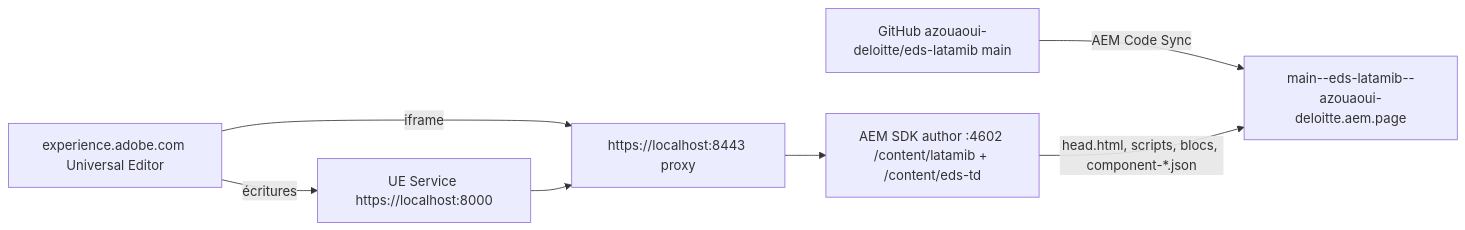
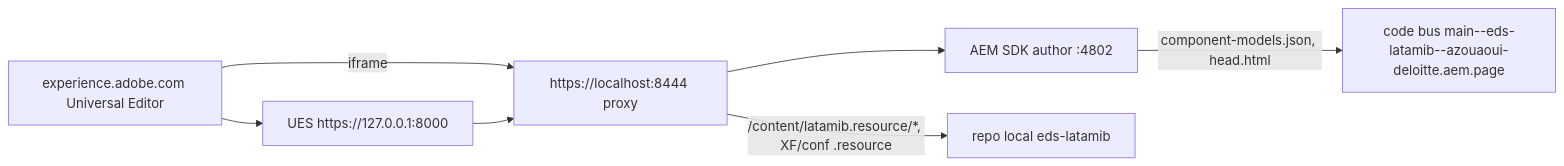
One commit to azouaoui-deloitte/eds-latamib changed the diagram in docs/aem-ue-local.md. Above: the diagram before and after it, drawn with Mermaid. The commit also changed other lines of this file and 1 other file, not shown here.

Commit message:
docs: block map and local AEM 4802 / Universal Editor guide (XF header/footer, proxy 8444, checks)

````diff
--- a/docs/aem-ue-local.md
+++ b/docs/aem-ue-local.md
@@ -9,8 +7,8 @@
 ```mermaid
 flowchart LR
-  ue[experience.adobe.com Universal Editor] -->|iframe| proxy[https://localhost:8443 proxy]
-  ue -->|écritures| ues[UE Service https://localhost:8000]
-  ues --> proxy --> aem[AEM SDK author :4602 /content/latamib + /content/eds-td]
-  gh[GitHub azouaoui-deloitte/eds-latamib main] -->|AEM Code Sync| bus[main--eds-latamib--azouaoui-deloitte.aem.page]
-  aem -->|head.html, scripts, blocs, component-*.json| bus
+  ue[experience.adobe.com Universal Editor] -->|iframe| proxy[https://localhost:8444 proxy]
+  ue --> ues[UES https://127.0.0.1:8000]
+  ues --> proxy --> aem[AEM SDK author :4802]
+  aem -->|component-models.json, head.html| cb[code bus main--eds-latamib--azouaoui-deloitte.aem.page]
+  proxy -->|/content/latamib.resource/*, XF/conf .resource| repo[repo local eds-latamib]
 ```
````
